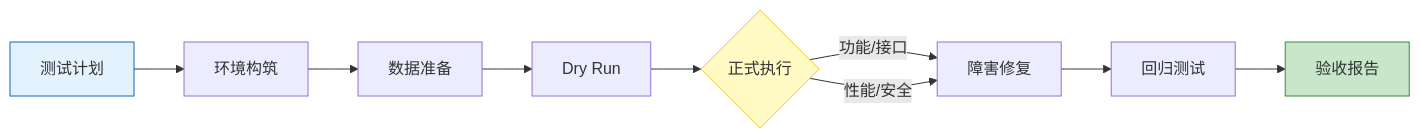
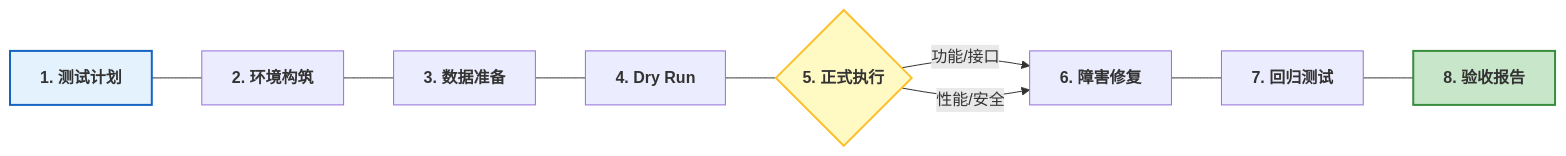
One commit to Sun1105/hexo-source changed the diagram in source/_posts/1764923666966--ITA-阶段的关键组成部分.md. Above: the diagram before and after it, drawn with Mermaid. The commit also changed other lines of this file, not shown here.

```diff
--- a/source/_posts/1764923666966--ITA-阶段的关键组成部分.md
+++ b/source/_posts/1764923666966--ITA-阶段的关键组成部分.md
@@ -143,15 +106,16 @@
     <div class="mermaid">
       graph LR
-        A[测试计划] --> B[环境构筑]
-        B --> C[数据准备]
-        C --> D[Dry Run]
-        D --> E{正式执行}
-        E -->|功能/接口| F[障害修复]
-        E -->|性能/安全| F
-        F --> G[回归测试]
-        G --> H[验收报告]
+        A["<b>1. 测试计划</b>"] --- B["<b>2. 环境构筑</b>"]
+        B --- C["<b>3. 数据准备</b>"]
+        C --- D["<b>4. Dry Run</b>"]
+        D --- E{"<b>5. 正式执行</b>"}
         
-        style A fill:#e3f2fd,stroke:#1565c0
-        style E fill:#fff9c4,stroke:#fbc02d
-        style H fill:#c8e6c9,stroke:#388e3c
+        E -- "功能/接口" --> F["<b>6. 障害修复</b>"]
+        E -- "性能/安全" --> F
+        F --- G["<b>7. 回归测试</b>"]
+        G --- H["<b>8. 验收报告</b>"]
+        
+        style A fill:#e3f2fd,stroke:#1565c0,stroke-width:2px
+        style E fill:#fff9c4,stroke:#fbc02d,stroke-width:2px
+        style H fill:#c8e6c9,stroke:#388e3c,stroke-width:2px
     </div>
```
